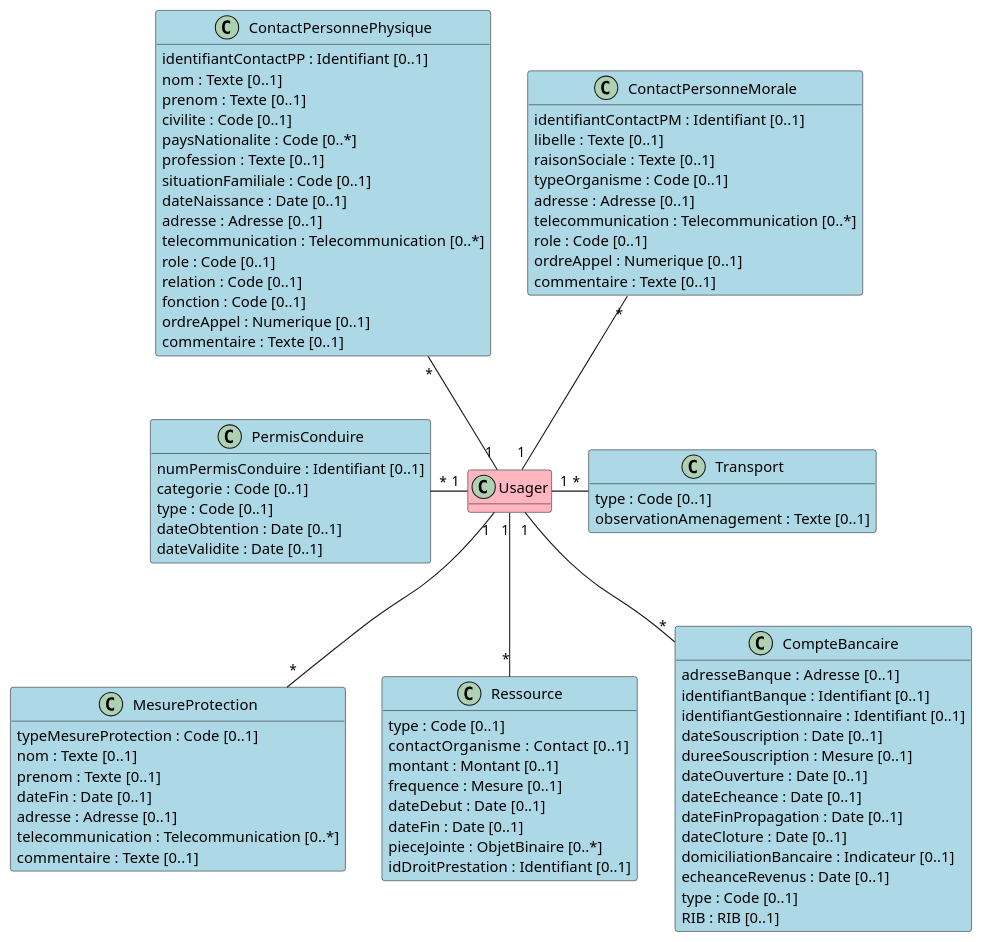
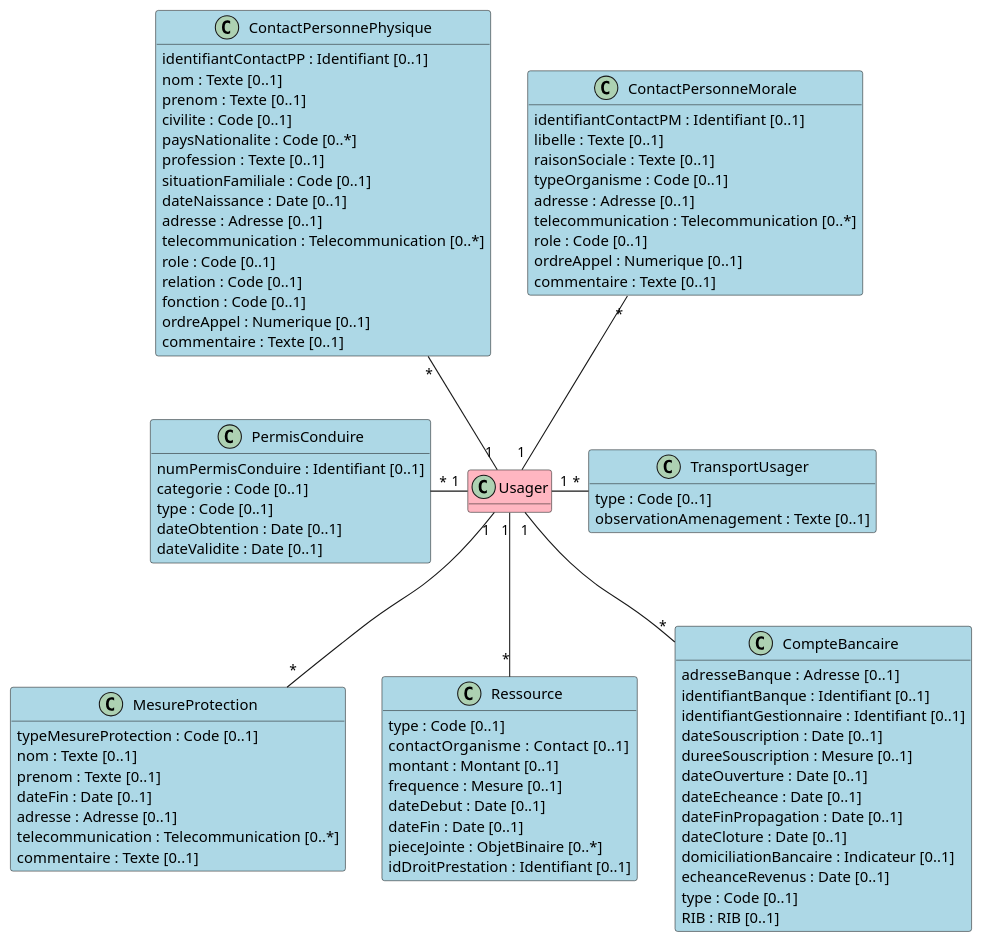
The diagram in input/images-source/bloc_environnement_ressources.plantuml (ansforge/IG-fhir-medicosocial-transfert-donnees-dui), drawn with PlantUML before and after one commit. The commit also changed 1 other file, not shown here.

Commit message:
transportUsager

```diff
--- a/input/images-source/bloc_environnement_ressources.plantuml
+++ b/input/images-source/bloc_environnement_ressources.plantuml
@@ -1,95 +1,95 @@
 @startuml
 
 hide empty methods
 
 class Usager #LightPink
 
 class ContactPersonnePhysique #LightBlue {
     identifiantContactPP : Identifiant [0..1]
     nom : Texte [0..1]
     prenom : Texte [0..1]
     civilite : Code [0..1]
     paysNationalite : Code [0..*]
     profession : Texte [0..1]
     situationFamiliale : Code [0..1]
     dateNaissance : Date [0..1]
     adresse : Adresse [0..1]
     telecommunication : Telecommunication [0..*]
     role : Code [0..1]
     relation : Code [0..1]
     fonction : Code [0..1]
     ordreAppel : Numerique [0..1]
     commentaire : Texte [0..1]
 }
 
 class ContactPersonneMorale #LightBlue {
     identifiantContactPM : Identifiant [0..1]
     libelle : Texte [0..1]
     raisonSociale : Texte [0..1]
     typeOrganisme : Code [0..1]
     adresse : Adresse [0..1]
     telecommunication : Telecommunication [0..*]
     role : Code [0..1]
     ordreAppel : Numerique [0..1]
     commentaire : Texte [0..1]
 }
 
 class MesureProtection #LightBlue {
     typeMesureProtection : Code [0..1]
     nom : Texte [0..1]
     prenom : Texte [0..1]
     dateFin : Date [0..1]
     adresse : Adresse [0..1]
     telecommunication : Telecommunication [0..*]
     commentaire : Texte [0..1]
 }
 
-class Transport #LightBlue {
+class TransportUsager #LightBlue {
     type : Code [0..1]
     observationAmenagement : Texte [0..1]
 }
 
 class PermisConduire #LightBlue {
     numPermisConduire : Identifiant [0..1]
     categorie : Code [0..1]
     type : Code [0..1]
     dateObtention : Date [0..1]
     dateValidite : Date [0..1]
 }
 
 class Ressource #LightBlue {
     type : Code [0..1]
     contactOrganisme :  Contact  [0..1]
     montant : Montant [0..1]
     frequence : Mesure [0..1]
     dateDebut : Date [0..1]
     dateFin : Date [0..1]
     pieceJointe : ObjetBinaire [0..*]
     idDroitPrestation : Identifiant [0..1]
 }
 
 class CompteBancaire #LightBlue {
     adresseBanque :  Adresse [0..1]
     identifiantBanque : Identifiant [0..1]
     identifiantGestionnaire : Identifiant [0..1]
     dateSouscription : Date [0..1]
     dureeSouscription : Mesure [0..1]
     dateOuverture : Date [0..1]
     dateEcheance : Date [0..1]
     dateFinPropagation : Date [0..1]
     dateCloture : Date [0..1]
     domiciliationBancaire : Indicateur [0..1]
     echeanceRevenus : Date [0..1]
     type : Code [0..1]
     RIB : RIB [0..1]
 }
 
 ContactPersonnePhysique "*" -- "1" Usager
 ContactPersonneMorale "*" -- "1" Usager 
 PermisConduire "*" - "1" Usager 
-Usager"1" - "*" Transport 
+Usager"1" - "*" TransportUsager 
 Usager "1" -- "*" MesureProtection
 Usager "1" -- "*" CompteBancaire
 Usager "1" -- "*" Ressource
 
 @enduml
```
